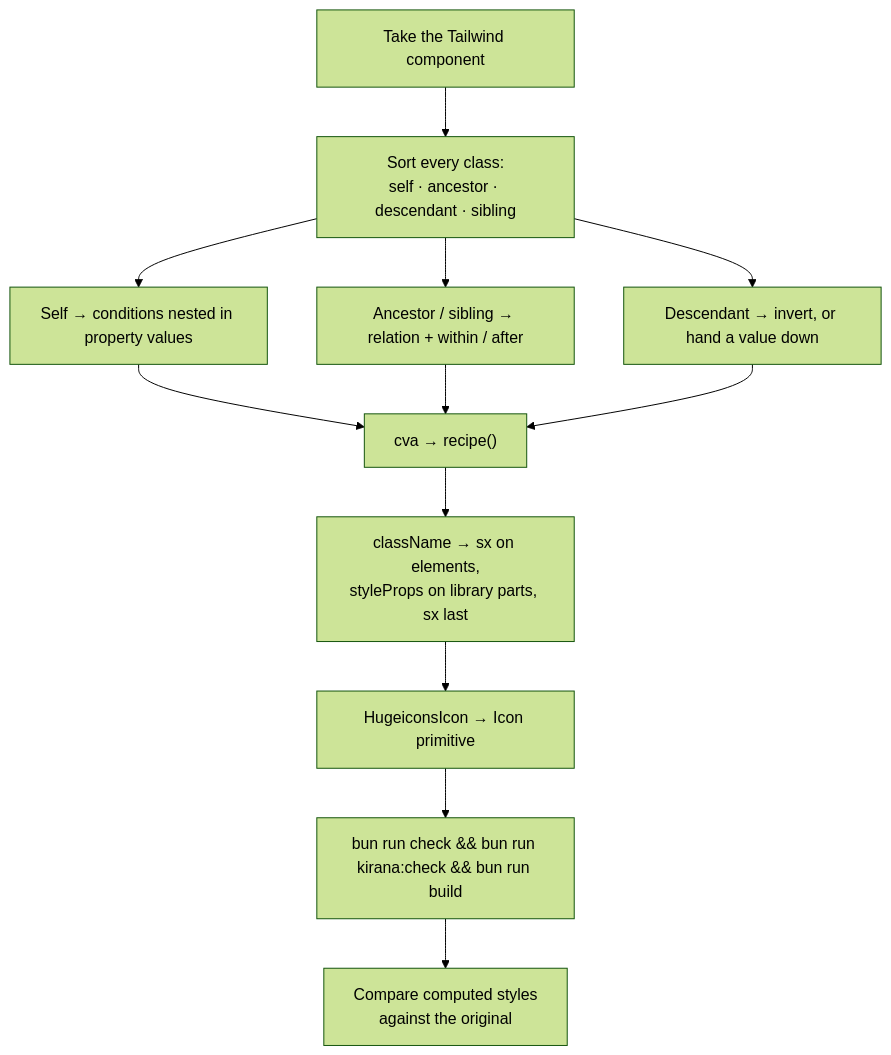
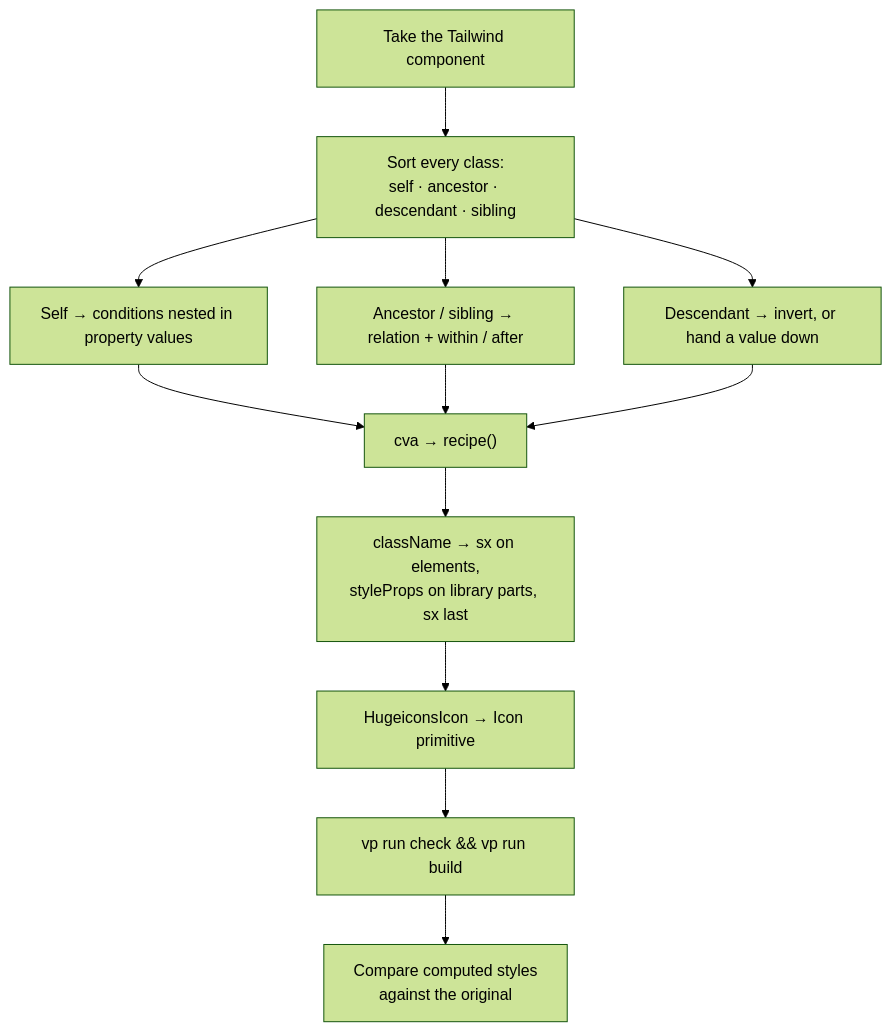
Before and after one commit to kirana-style/kirana-ui: the third of 3 diagrams in docs/porting-from-tailwind.md, drawn with Mermaid (forest theme). The commit also changed other lines of this file and 43 other files, not shown here.

Commit message:
build: stand alone on published kirana, with vite+, ci and the ui worker (#1)

````diff
--- a/docs/porting-from-tailwind.md
+++ b/docs/porting-from-tailwind.md
@@ -336,12 +336,12 @@
 ```mermaid
 flowchart TD
     S["Take the Tailwind component"] --> A["Sort every class:<br/>self · ancestor · descendant · sibling"]
     A --> B["Self → conditions nested in property values"]
     A --> C["Ancestor / sibling → relation + within / after"]
     A --> D["Descendant → invert, or hand a value down"]
     B & C & D --> E["cva → recipe()"]
     E --> F["className → sx on elements,<br/>styleProps on library parts, sx last"]
     F --> G["HugeiconsIcon → Icon primitive"]
-    G --> H["bun run check && bun run kirana:check && bun run build"]
+    G --> H["vp run check && vp run build"]
     H --> I["Compare computed styles<br/>against the original"]
 ```
````
